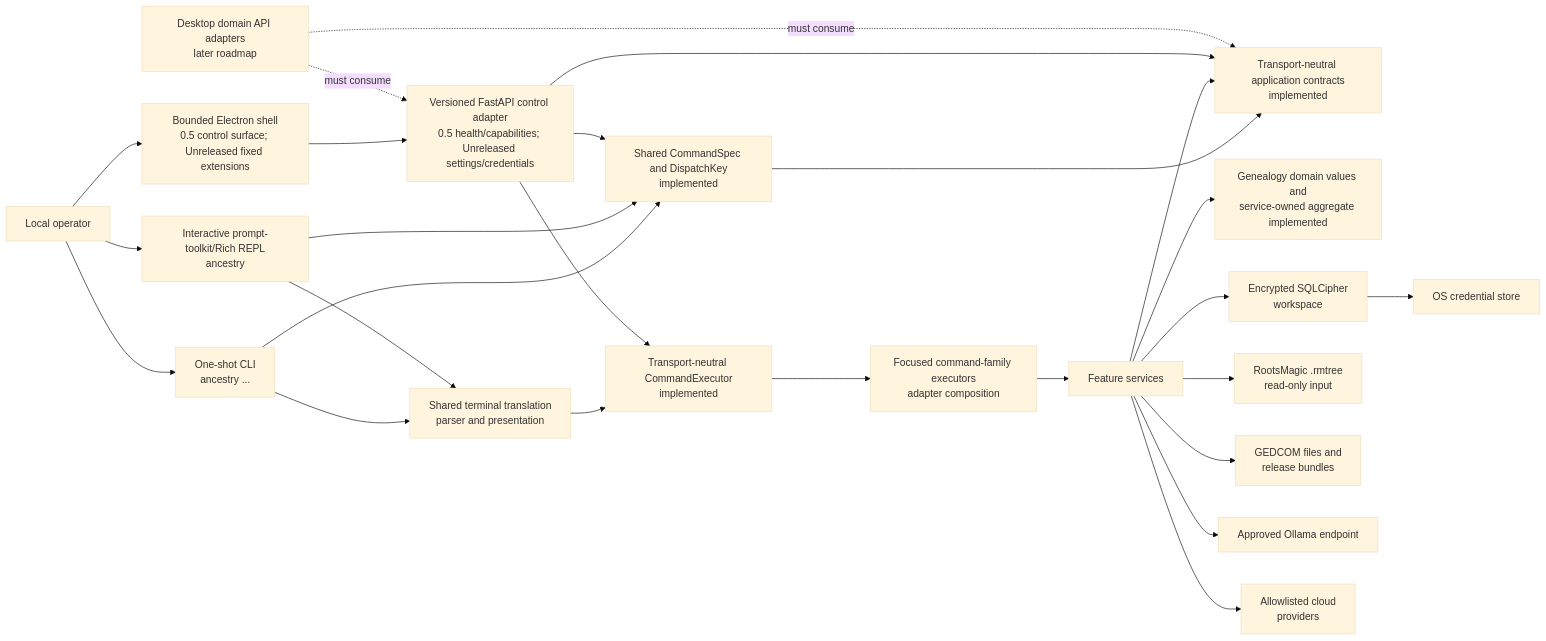
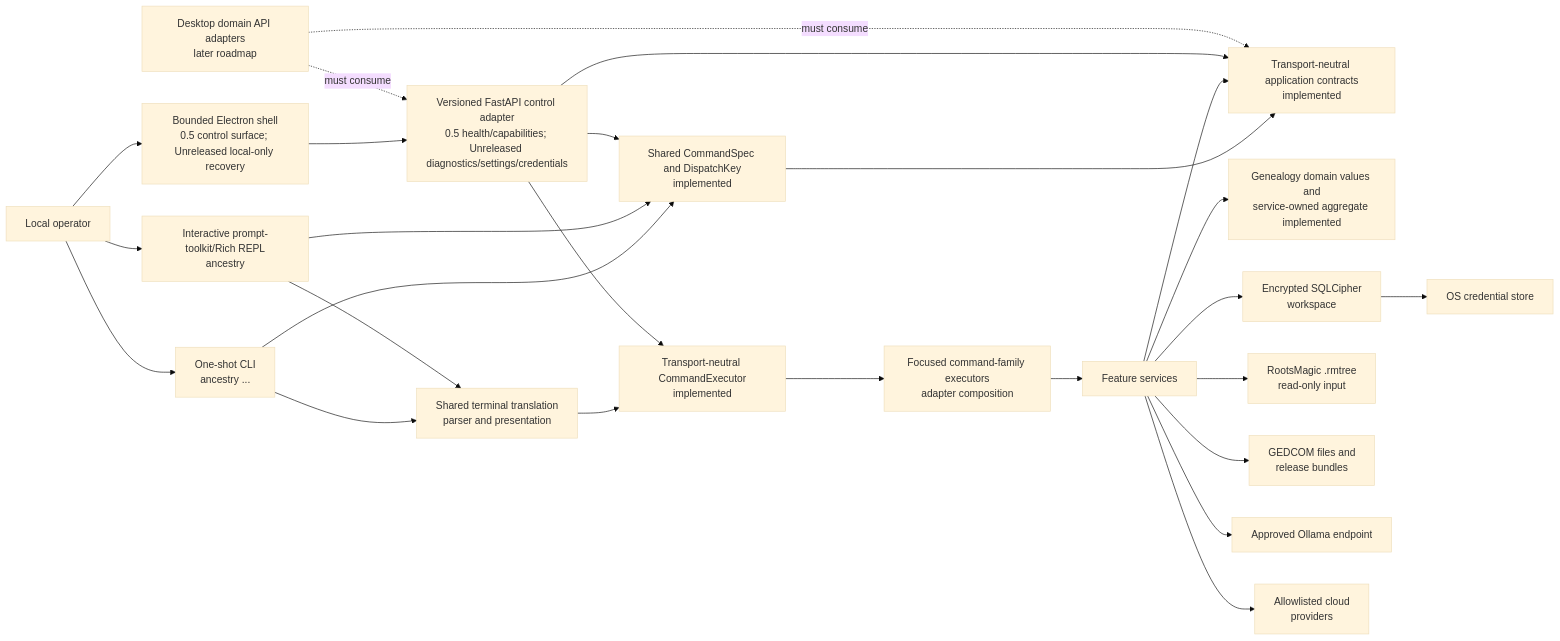
One commit to sodejm/AncestryLLM changed the first of 3 diagrams in ARCHITECTURE.md. Above: the diagram before and after it, drawn with Mermaid (base theme). The commit also changed other lines of this file and 36 other files, not shown here.

Commit message:
feat(desktop): add fail-closed startup diagnostics (#403)

````diff
--- a/ARCHITECTURE.md
+++ b/ARCHITECTURE.md
@@ -81,48 +86,48 @@
 ```mermaid
 flowchart LR
     Operator["Local operator"]
     CLI["One-shot CLI\nancestry ..."]
     Console["Interactive prompt-toolkit/Rich REPL\nancestry"]
     Specs["Shared CommandSpec and DispatchKey\nimplemented"]
     Contracts["Transport-neutral application contracts\nimplemented"]
     Terminal["Shared terminal translation\nparser and presentation"]
     Executor["Transport-neutral CommandExecutor\nimplemented"]
     Handlers["Focused command-family executors\nadapter composition"]
     Services["Feature services"]
     Domain["Genealogy domain values and\nservice-owned aggregate implemented"]
     Workspace["Encrypted SQLCipher\nworkspace"]
     Keyring["OS credential store"]
     RM["RootsMagic .rmtree\nread-only input"]
     GED["GEDCOM files and\nrelease bundles"]
     LocalLLM["Approved Ollama endpoint"]
     Cloud["Allowlisted cloud\nproviders"]
-    ControlAPI["Versioned FastAPI control adapter\n0.5 health/capabilities; Unreleased settings/credentials"]
-    Desktop["Bounded Electron shell\n0.5 control surface; Unreleased fixed extensions"]
+    ControlAPI["Versioned FastAPI control adapter\n0.5 health/capabilities; Unreleased diagnostics/settings/credentials"]
+    Desktop["Bounded Electron shell\n0.5 control surface; Unreleased local-only recovery"]
     Future["Desktop domain API adapters\nlater roadmap"]
 
     Operator --> CLI
     Operator --> Console
     Operator --> Desktop
     CLI --> Specs
     Console --> Specs
     CLI --> Terminal
     Console --> Terminal
     Terminal --> Executor
     Executor --> Handlers
     Handlers --> Services
     Specs --> Contracts
     Services --> Contracts
     Services --> Domain
     Services --> Workspace
     Workspace --> Keyring
     Services --> RM
     Services --> GED
     Services --> LocalLLM
     Services --> Cloud
     Desktop --> ControlAPI
     ControlAPI --> Specs
     ControlAPI --> Contracts
     ControlAPI --> Executor
     Future -. "must consume" .-> ControlAPI
     Future -. "must consume" .-> Contracts
 ```
````
